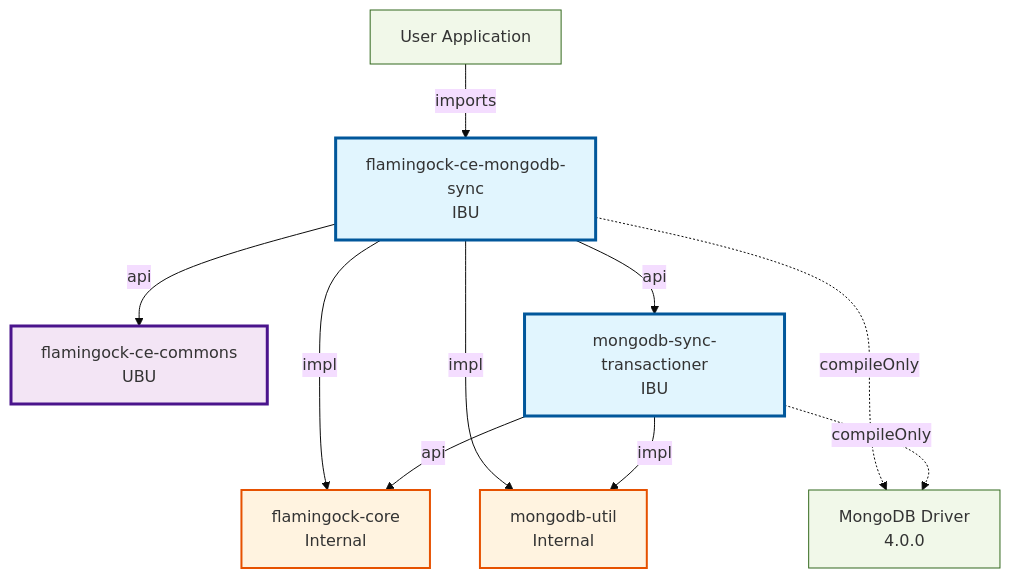
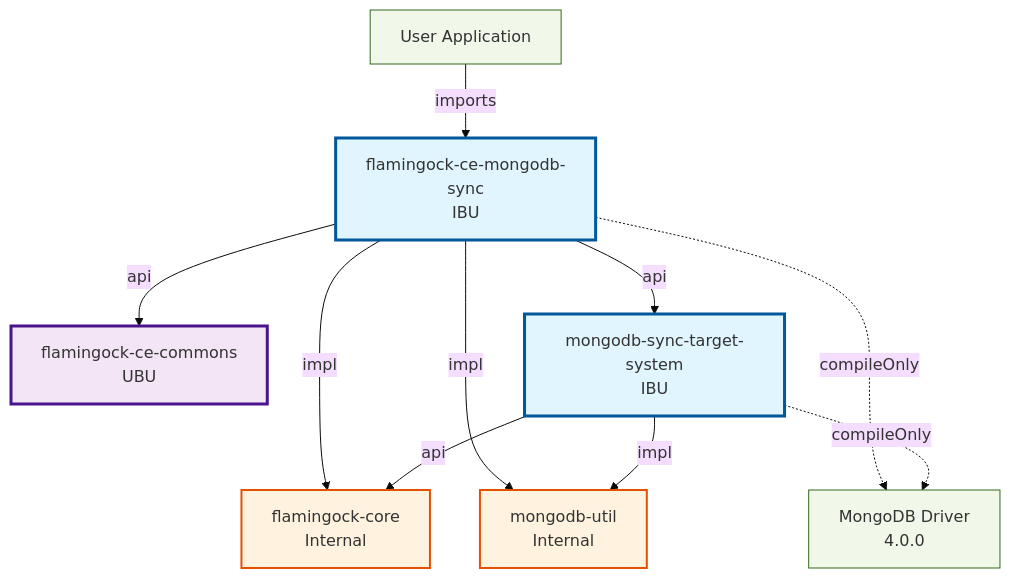
One commit to flamingock/flamingock-java changed the third of 6 diagrams in docs/ARCHITECTURE_OVERVIEW.md. Above: the diagram before and after it, drawn with Mermaid (base theme). The commit also changed other lines of this file and 61 other files, not shown here.

Commit message:
feat: added MongoSync TargetSystem (#280)

````diff
--- a/docs/ARCHITECTURE_OVERVIEW.md
+++ b/docs/ARCHITECTURE_OVERVIEW.md
@@ -300,26 +300,26 @@
 ```mermaid
 graph TB
     classDef ibu fill:#e1f5fe,stroke:#01579b,stroke-width:3px
     classDef ubu fill:#f3e5f5,stroke:#4a148c,stroke-width:3px
     classDef internal fill:#fff3e0,stroke:#e65100,stroke-width:2px
     classDef external fill:#f1f8e9,stroke:#33691e,stroke-width:1px
 
     User[User Application]:::external
     User -->|imports| flamingock-ce-mongodb-sync
     
     flamingock-ce-mongodb-sync[flamingock-ce-mongodb-sync<br/>IBU]:::ibu
     flamingock-ce-commons[flamingock-ce-commons<br/>UBU]:::ubu
-    mongodb-sync-transactioner[mongodb-sync-transactioner<br/>IBU]:::ibu
+    mongodb-sync-target-system[mongodb-sync-target-system<br/>IBU]:::ibu
     flamingock-core[flamingock-core<br/>Internal]:::internal
     mongodb-util[mongodb-util<br/>Internal]:::internal
     MongoDriver[MongoDB Driver<br/>4.0.0]:::external
     
     flamingock-ce-mongodb-sync -->|api| flamingock-ce-commons
-    flamingock-ce-mongodb-sync -->|api| mongodb-sync-transactioner
+    flamingock-ce-mongodb-sync -->|api| mongodb-sync-target-system
     flamingock-ce-mongodb-sync -->|impl| flamingock-core
     flamingock-ce-mongodb-sync -->|impl| mongodb-util
     flamingock-ce-mongodb-sync -.->|compileOnly| MongoDriver
-    mongodb-sync-transactioner -->|api| flamingock-core
-    mongodb-sync-transactioner -->|impl| mongodb-util
-    mongodb-sync-transactioner -.->|compileOnly| MongoDriver
+    mongodb-sync-target-system -->|api| flamingock-core
+    mongodb-sync-target-system -->|impl| mongodb-util
+    mongodb-sync-target-system -.->|compileOnly| MongoDriver
 ```
````
